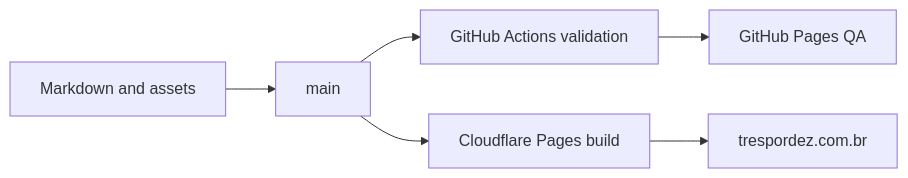
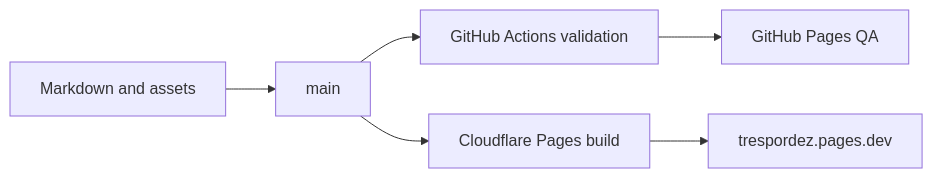
The diagram in docs/architecture.md (marcelofrau/trespordez), drawn with Mermaid before and after one commit. The commit also changed other lines of this file and 7 other files, not shown here.

Commit message:
feat(music): House da Sega section with Sonic Rush, JSR, JSRF playlists; move production to trespordez.pages.dev

````diff
--- a/docs/architecture.md
+++ b/docs/architecture.md
@@ -13,8 +13,8 @@
 ```mermaid
 flowchart LR
   A[Markdown and assets] --> B[main]
   B --> C[GitHub Actions validation]
   C --> D[GitHub Pages QA]
   B --> E[Cloudflare Pages build]
-  E --> F[trespordez.com.br]
+  E --> F[trespordez.pages.dev]
 ```
````
